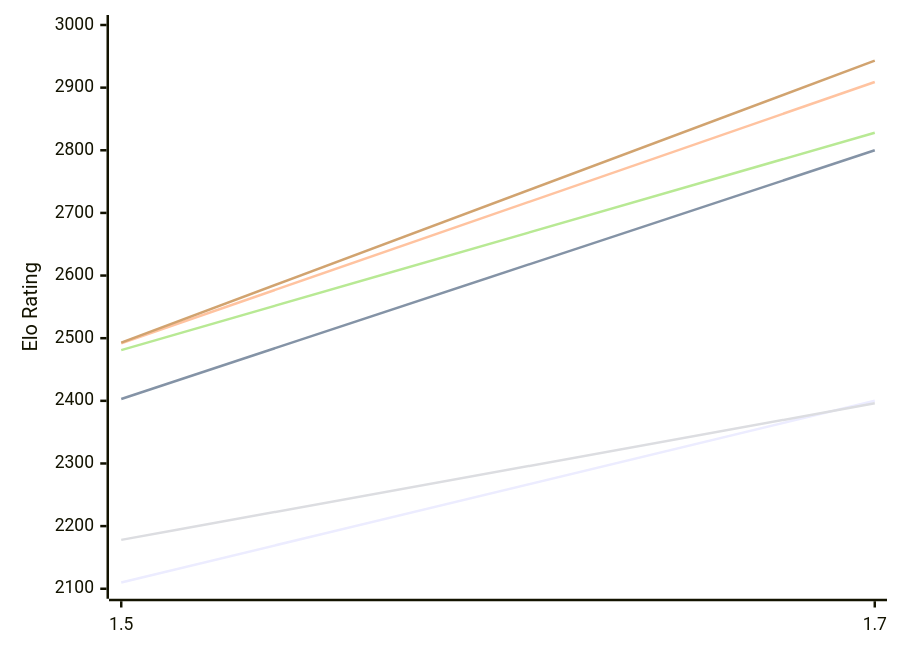
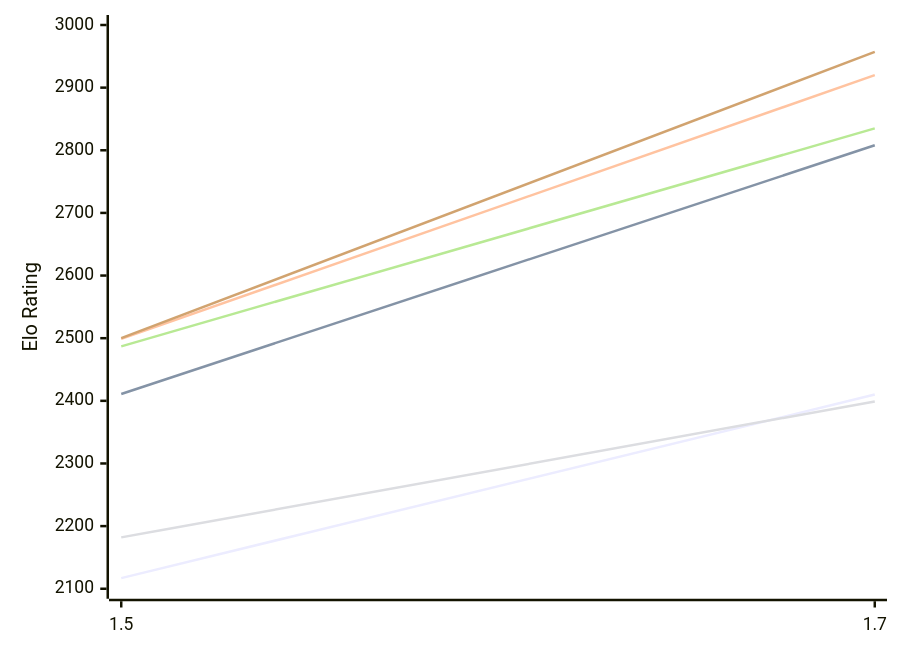
One commit to computer-chess-index/cci changed the first of 2 diagrams in engines/Facon.md. Above: the diagram before and after it, drawn with Mermaid. The commit also changed other lines of this file, not shown here.

Commit message:
Update CCI Ratings (ELO VLTC) - 2026-11-03

````diff
--- a/engines/Facon.md
+++ b/engines/Facon.md
@@ -52,12 +52,12 @@
 ```mermaid
 %%{init: {"theme":"base","themeVariables":{"seriesColors:['#a3a3a3','#222221','#faa371']}}}%%
 xychart-beta
   x-axis ["1.5", "1.7"]
   y-axis "Elo Rating" 2100 --> 3000
-  line "E1: STC (8.0+0.08s)" [2110, 2400]
-  line "E1: LTC (60.0+0.60s)" [2403, 2800]
-  line "E1: VLTC (2m24s+1.12s)" [2492, 2909]
-  line "P1: STC (8.0+0.08s)" [2178, 2396]
-  line "P1: LTC (60.0+0.60s)" [2481, 2828]
-  line "P1: VLTC (2m24s+1.12s)" [2493, 2943]
+  line "E1: STC (8.0+0.08s)" [2117, 2410]
+  line "E1: LTC (60.0+0.60s)" [2411, 2808]
+  line "E1: VLTC (2m24s+1.12s)" [2499, 2920]
+  line "P1: STC (8.0+0.08s)" [2182, 2399]
+  line "P1: LTC (60.0+0.60s)" [2487, 2835]
+  line "P1: VLTC (2m24s+1.12s)" [2500, 2957]
 ```
````
